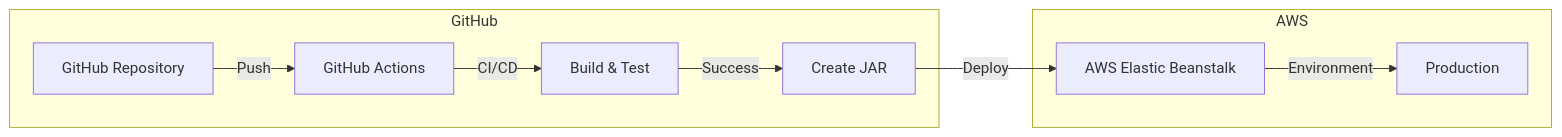
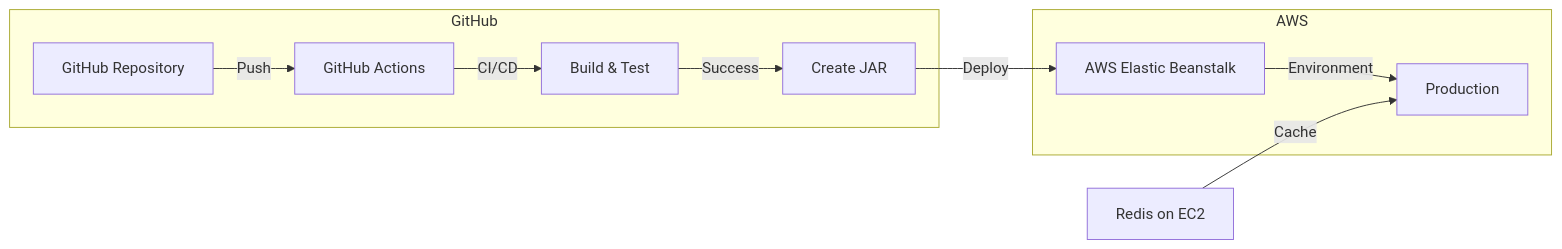
Before and after one commit to Ernest45/myRecord-project: the diagram in README.md, drawn with Mermaid. The commit also changed other lines of this file, not shown here.

````diff
--- a/README.md
+++ b/README.md
@@ -35,20 +30,22 @@
 ```mermaid
 graph LR
     A[GitHub Repository] -->|Push| B[GitHub Actions]
     B -->|CI/CD| C[Build & Test]
     C -->|Success| D[Create JAR]
     D -->|Deploy| E[AWS Elastic Beanstalk]
     E -->|Environment| F[Production]
     
     subgraph GitHub
     A
     B
     C
     D
     end
     
     subgraph AWS
     E
     F
     end
+
+    G[Redis on EC2] -->|Cache| F
 ```
````
